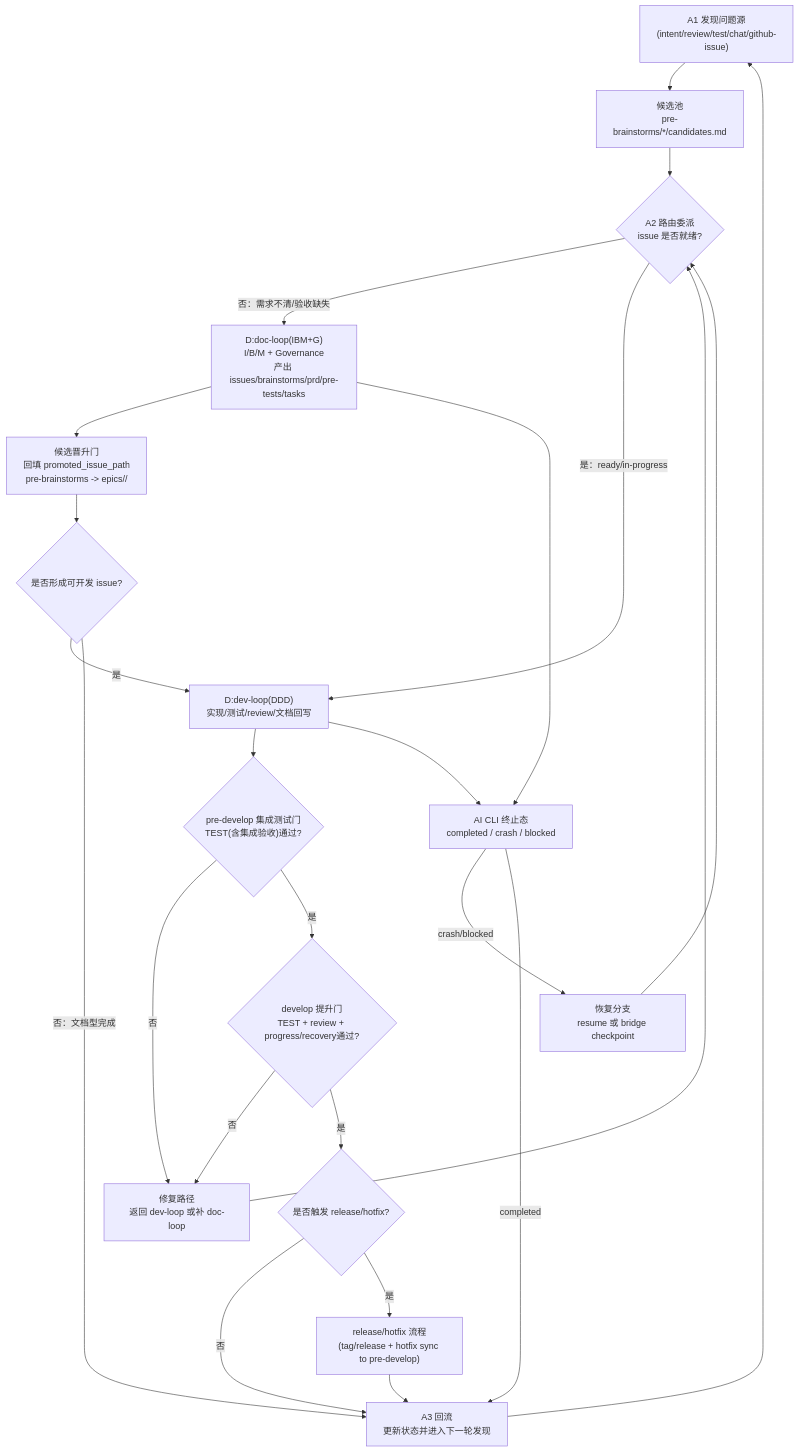
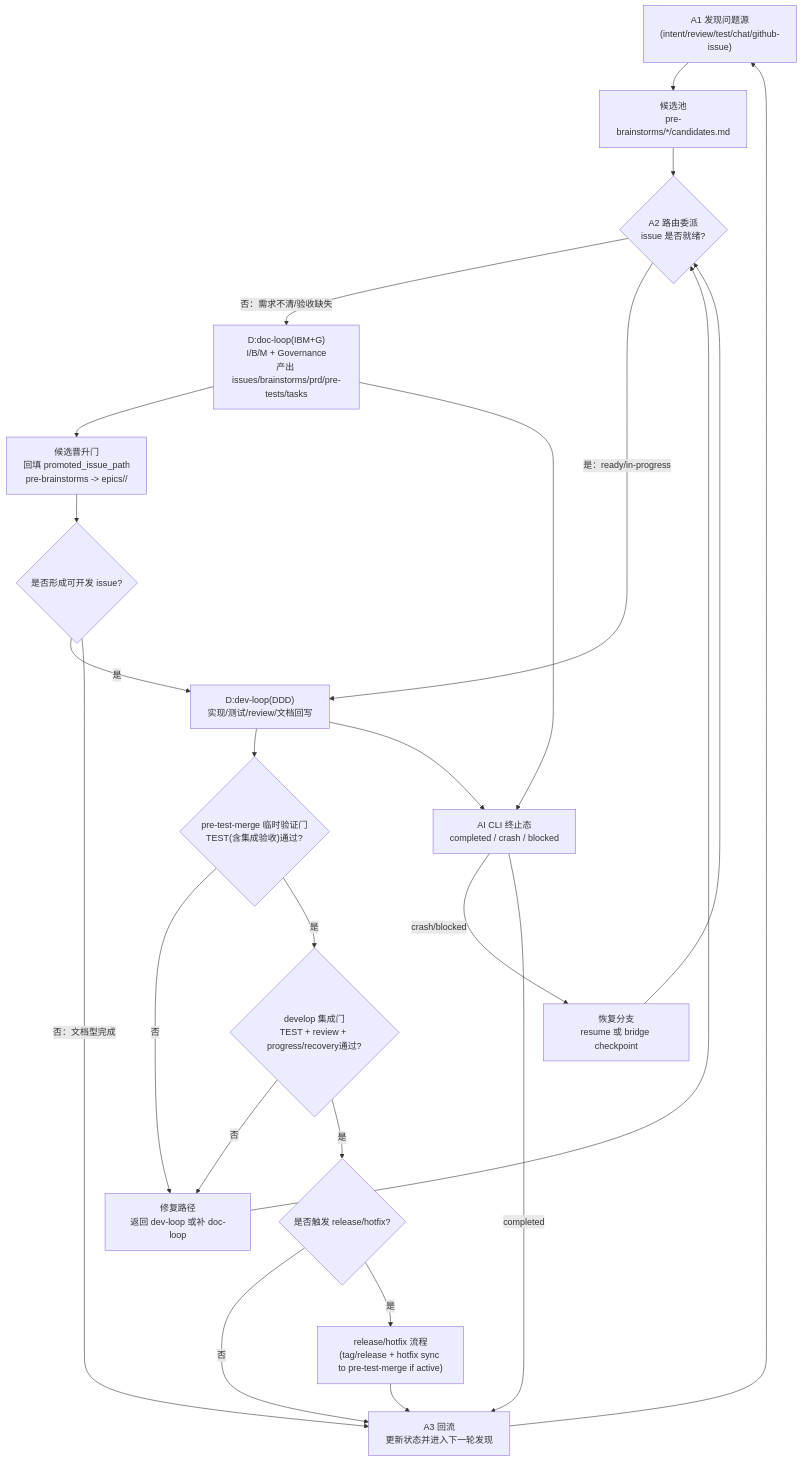
Before and after one commit to chatterzhao/freely: the diagram in docs/PROJECT_INTENT.md, drawn with Mermaid. The commit also changed 22 other files, not shown here.

Commit message:
docs: migrate pre-develop to pre-test-merge

````diff
--- a/docs/PROJECT_INTENT.md
+++ b/docs/PROJECT_INTENT.md
@@ -60,43 +60,43 @@
 ```mermaid
 flowchart TD
     S1["A1 发现问题源\n(intent/review/test/chat/github-issue)"]
     S2["候选池\npre-brainstorms/*/candidates.md"]
     S3{"A2 路由委派\nissue 是否就绪?"}
 
     D1["D:doc-loop(IBM+G)\nI/B/M + Governance\n产出 issues/brainstorms/prd/pre-tests/tasks"]
     V1["候选晋升门\n回填 promoted_issue_path\npre-brainstorms -> epics/<epic>/<story>"]
     J1{"是否形成可开发 issue?"}
 
     D2["D:dev-loop(DDD)\n实现/测试/review/文档回写"]
-    G1{"pre-develop 集成测试门\nTEST(含集成验收)通过?"}
-    G2{"develop 提升门\nTEST + review + progress/recovery通过?"}
+    G1{"pre-test-merge 临时验证门\nTEST(含集成验收)通过?"}
+    G2{"develop 集成门\nTEST + review + progress/recovery通过?"}
     F1["修复路径\n返回 dev-loop 或补 doc-loop"]
     R0{"是否触发 release/hotfix?"}
-    R1["release/hotfix 流程\n(tag/release + hotfix sync to pre-develop)"]
+    R1["release/hotfix 流程\n(tag/release + hotfix sync to pre-test-merge if active)"]
 
     A3["A3 回流\n更新状态并进入下一轮发现"]
     X1["AI CLI 终止态\ncompleted / crash / blocked"]
     RC["恢复分支\nresume 或 bridge checkpoint"]
 
     S1 --> S2 --> S3
     S3 -->|"否：需求不清/验收缺失"| D1
     S3 -->|"是：ready/in-progress"| D2
     D1 --> V1 --> J1
     J1 -->|"是"| D2
     J1 -->|"否：文档型完成"| A3
 
     D2 --> G1
     G1 -->|"否"| F1
     G1 -->|"是"| G2
     G2 -->|"否"| F1
     G2 -->|"是"| R0
     F1 --> S3
     R0 -->|"否"| A3
     R0 -->|"是"| R1 --> A3
     A3 --> S1
 
     D1 --> X1
     D2 --> X1
     X1 -->|"crash/blocked"| RC --> S3
     X1 -->|"completed"| A3
 ```
````
